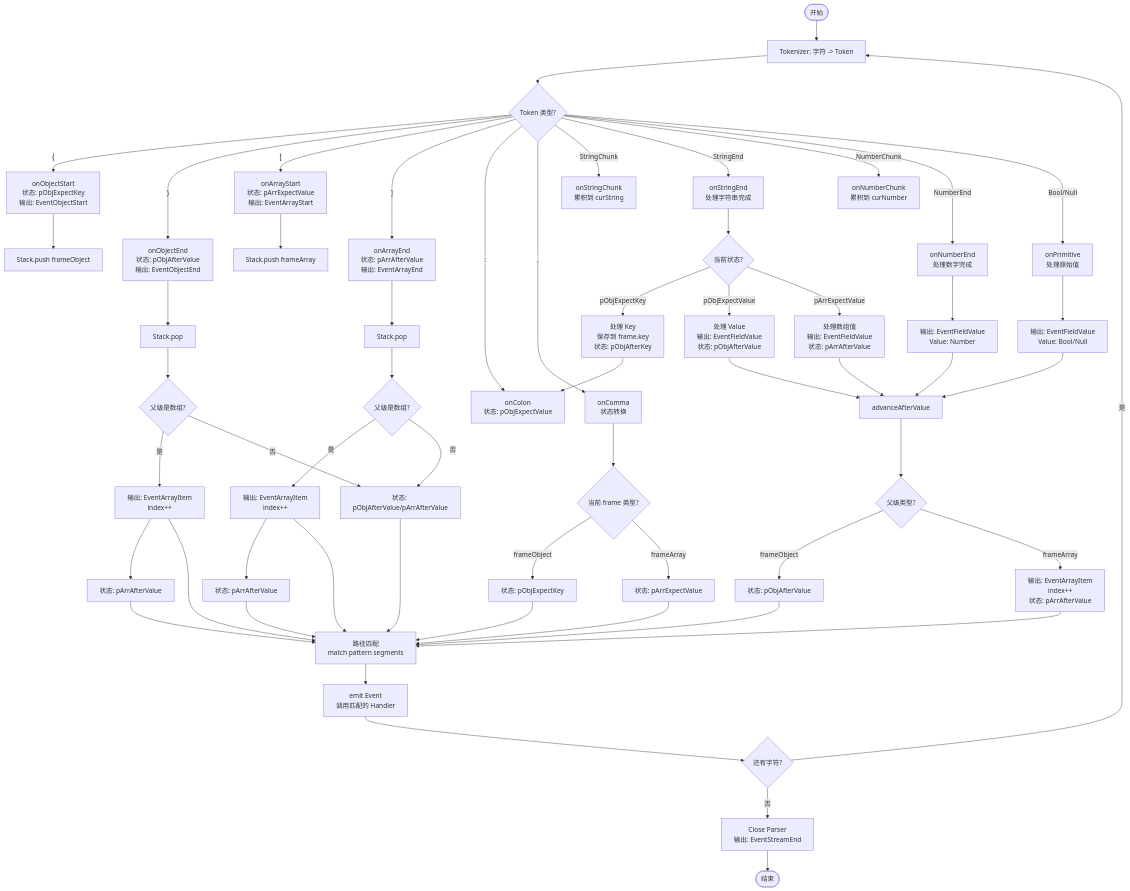
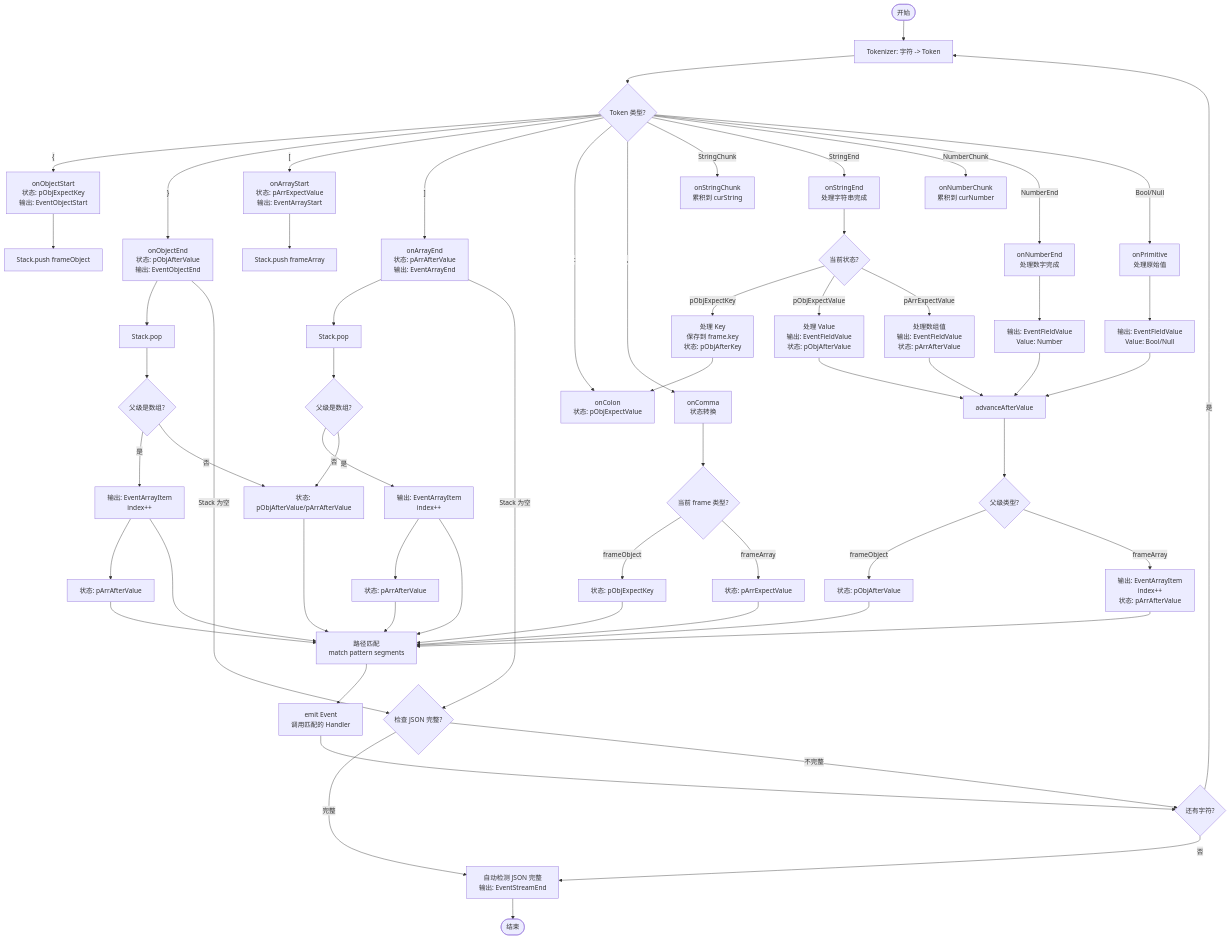
Before and after one commit to codeforgee/stream: the first of 4 diagrams in PARSING_FLOW.md, drawn with Mermaid. The commit also changed other lines of this file and 6 other files, not shown here.

````diff
--- a/PARSING_FLOW.md
+++ b/PARSING_FLOW.md
@@ -166,73 +166,78 @@
 ```mermaid
 graph TB
     Start([开始]) --> Tokenizer[Tokenizer: 字符 -> Token]
     Tokenizer --> TokenType{Token 类型?}
     TokenType -->|"{"| ObjStart[onObjectStart<br/>状态: pObjExpectKey<br/>输出: EventObjectStart]
     TokenType -->|"}"| ObjEnd[onObjectEnd<br/>状态: pObjAfterValue<br/>输出: EventObjectEnd]
     TokenType -->|"["| ArrStart[onArrayStart<br/>状态: pArrExpectValue<br/>输出: EventArrayStart]
     TokenType -->|"]"| ArrEnd[onArrayEnd<br/>状态: pArrAfterValue<br/>输出: EventArrayEnd]
     TokenType -->|":"| Colon[onColon<br/>状态: pObjExpectValue]
     TokenType -->|","| Comma[onComma<br/>状态转换]
     TokenType -->|StringChunk| StringChunk[onStringChunk<br/>累积到 curString]
     TokenType -->|StringEnd| StringEnd[onStringEnd<br/>处理字符串完成]
     TokenType -->|NumberChunk| NumberChunk[onNumberChunk<br/>累积到 curNumber]
     TokenType -->|NumberEnd| NumberEnd[onNumberEnd<br/>处理数字完成]
     TokenType -->|Bool/Null| Primitive[onPrimitive<br/>处理原始值]
     
     ObjStart --> StackPush1[Stack.push frameObject]
     ArrStart --> StackPush2[Stack.push frameArray]
     
     StringEnd --> StringEndType{当前状态?}
     StringEndType -->|pObjExpectKey| KeyProcess[处理 Key<br/>保存到 frame.key<br/>状态: pObjAfterKey]
     StringEndType -->|pObjExpectValue| ValueProcess[处理 Value<br/>输出: EventFieldValue<br/>状态: pObjAfterValue]
     StringEndType -->|pArrExpectValue| ArrValueProcess[处理数组值<br/>输出: EventFieldValue<br/>状态: pArrAfterValue]
     
     KeyProcess --> Colon
     ValueProcess --> AdvanceValue[advanceAfterValue]
     ArrValueProcess --> AdvanceValue
     
     NumberEnd --> NumberEmit[输出: EventFieldValue<br/>Value: Number]
     NumberEmit --> AdvanceValue
     
     Primitive --> PrimitiveEmit[输出: EventFieldValue<br/>Value: Bool/Null]
     PrimitiveEmit --> AdvanceValue
     
     AdvanceValue --> AdvanceType{父级类型?}
     AdvanceType -->|frameObject| ObjAfterValue[状态: pObjAfterValue]
     AdvanceType -->|frameArray| ArrItem[输出: EventArrayItem<br/>index++<br/>状态: pArrAfterValue]
     
     ObjEnd --> StackPop1[Stack.pop]
     ArrEnd --> StackPop2[Stack.pop]
     
     StackPop1 --> CheckParent1{父级是数组?}
     StackPop2 --> CheckParent2{父级是数组?}
     
     CheckParent1 -->|是| ArrItemFromObj[输出: EventArrayItem<br/>index++]
     CheckParent2 -->|是| ArrItemFromArr[输出: EventArrayItem<br/>index++]
     
     ArrItemFromObj --> EndState1[状态: pArrAfterValue]
     ArrItemFromArr --> EndState2[状态: pArrAfterValue]
     CheckParent1 -->|否| EndState3[状态: pObjAfterValue/pArrAfterValue]
     CheckParent2 -->|否| EndState3
     
     Comma --> CommaType{当前 frame 类型?}
     CommaType -->|frameObject| CommaObj[状态: pObjExpectKey]
     CommaType -->|frameArray| CommaArr[状态: pArrExpectValue]
     
     EndState1 --> PathMatch[路径匹配<br/>match pattern segments]
     EndState2 --> PathMatch
     EndState3 --> PathMatch
     ObjAfterValue --> PathMatch
     ArrItem --> PathMatch
     ArrItemFromObj --> PathMatch
     ArrItemFromArr --> PathMatch
     CommaObj --> PathMatch
     CommaArr --> PathMatch
     
     PathMatch --> Emit[emit Event<br/>调用匹配的 Handler]
     Emit --> NextToken{还有字符?}
     
     NextToken -->|是| Tokenizer
-    NextToken -->|否| Close[Close Parser<br/>输出: EventStreamEnd]
-    Close --> End([结束])
+    NextToken -->|否| AutoEnd[自动检测 JSON 完整<br/>输出: EventStreamEnd]
+    AutoEnd --> End([结束])
+    
+    ObjEnd -->|Stack 为空| CheckComplete{检查 JSON 完整?}
+    ArrEnd -->|Stack 为空| CheckComplete
+    CheckComplete -->|完整| AutoEnd
+    CheckComplete -->|不完整| NextToken
 ```
````
